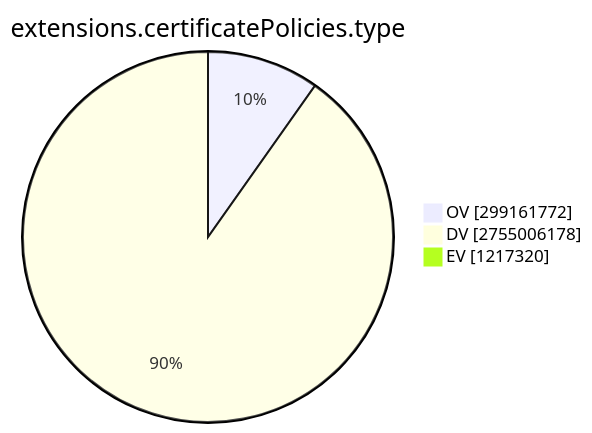
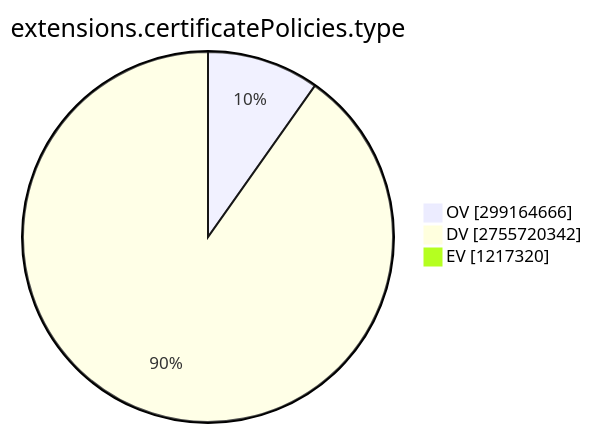
Before and after one commit to christiankrug/ctmonitor_visualization: the ninth of 15 diagrams in TOTAL/README.md, drawn with Mermaid. The commit also changed other lines of this file, not shown here.

````diff
--- a/TOTAL/README.md
+++ b/TOTAL/README.md
@@ -3101,7 +3101,7 @@
 ```mermaid
 pie showData
 title extensions.certificatePolicies.type
-"OV" :299161772
-"DV" :2755006178
+"OV" :299164666
+"DV" :2755720342
 "EV" :1217320
 ```
````
